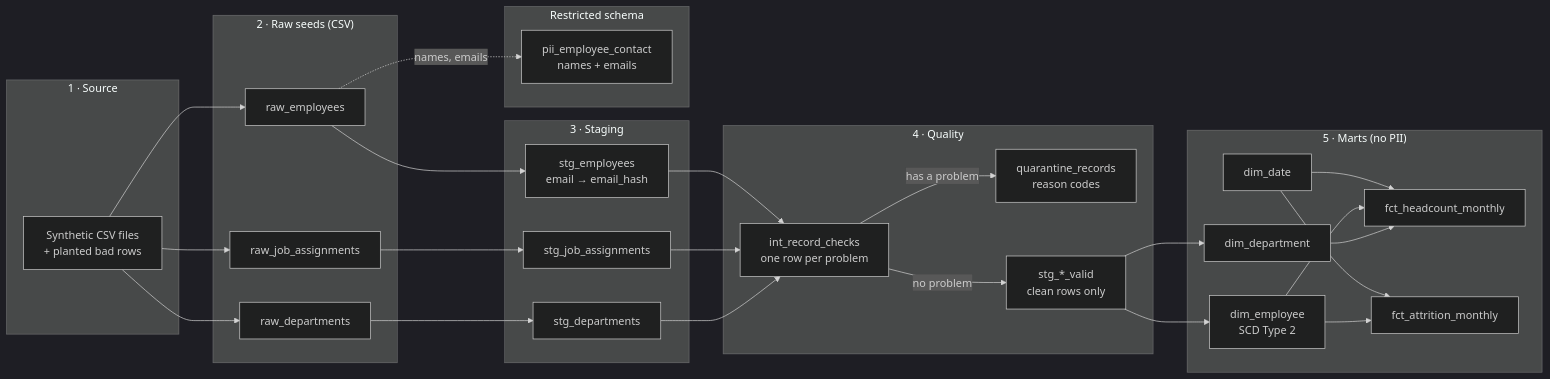
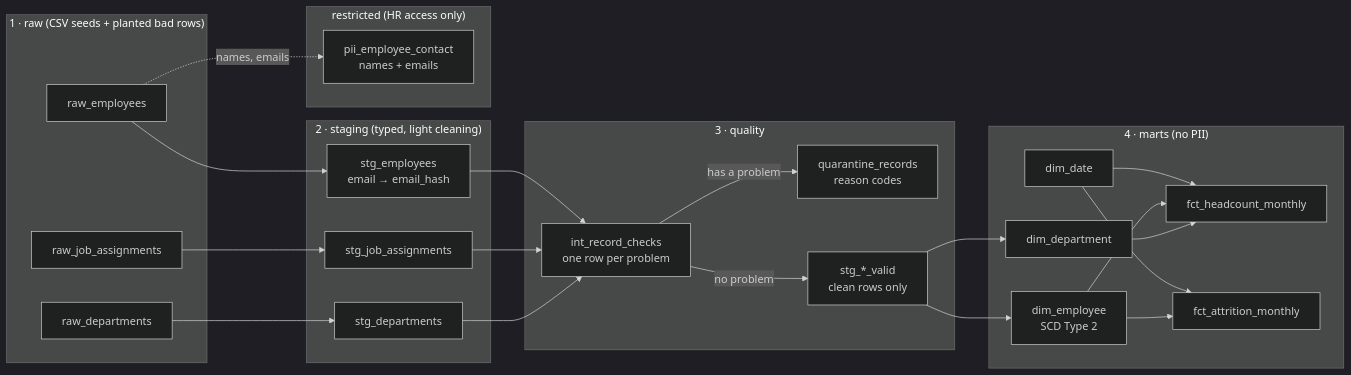
One commit to RamfisOrtega/people-analytics-dbt changed the first of 2 diagrams in README.md. Above: the diagram before and after it, drawn with Mermaid (dark theme). The commit also changed other lines of this file and 6 other files, not shown here.

Commit message:
add staging models, PII macro adn restricted model; update README

````diff
--- a/README.md
+++ b/README.md
@@ -33,49 +33,44 @@
 ```mermaid
 flowchart LR
-    subgraph SRC["1 · Source"]
-        CSV["Synthetic CSV files<br/>+ planted bad rows"]
-    end
-
-    subgraph SEEDS["2 · Raw seeds (CSV)"]
+    subgraph SEEDS["1 · raw (CSV seeds + planted bad rows)"]
         RD["raw_departments"]
         RE["raw_employees"]
         RJ["raw_job_assignments"]
     end
 
-    subgraph STG["3 · Staging"]
+    subgraph STG["2 · staging (typed, light cleaning)"]
         SE["stg_employees<br/>email → email_hash"]
         SJ["stg_job_assignments"]
         SD["stg_departments"]
     end
 
-    subgraph DQ["4 · Quality"]
+    subgraph DQ["3 · quality"]
         CHK["int_record_checks<br/>one row per problem"]
         Q["quarantine_records<br/>reason codes"]
         V["stg_*_valid<br/>clean rows only"]
     end
 
-    subgraph PII["Restricted schema"]
+    subgraph PII["restricted (HR access only)"]
         P["pii_employee_contact<br/>names + emails"]
     end
 
-    subgraph MARTS["5 · Marts (no PII)"]
+    subgraph MARTS["4 · marts (no PII)"]
         DE["dim_employee<br/>SCD Type 2"]
         DD["dim_department"]
         DT["dim_date"]
         FH["fct_headcount_monthly"]
         FA["fct_attrition_monthly"]
     end
 
-    CSV --> RD & RE & RJ
     RD --> SD
     RE --> SE
     RJ --> SJ
     RE -. names, emails .-> P
     SE & SJ & SD --> CHK
     CHK -- has a problem --> Q
     CHK -- no problem --> V
     V --> DE & DD
     DT --> FH & FA
     DE --> FH & FA
     DD --> FH
 ```
````
